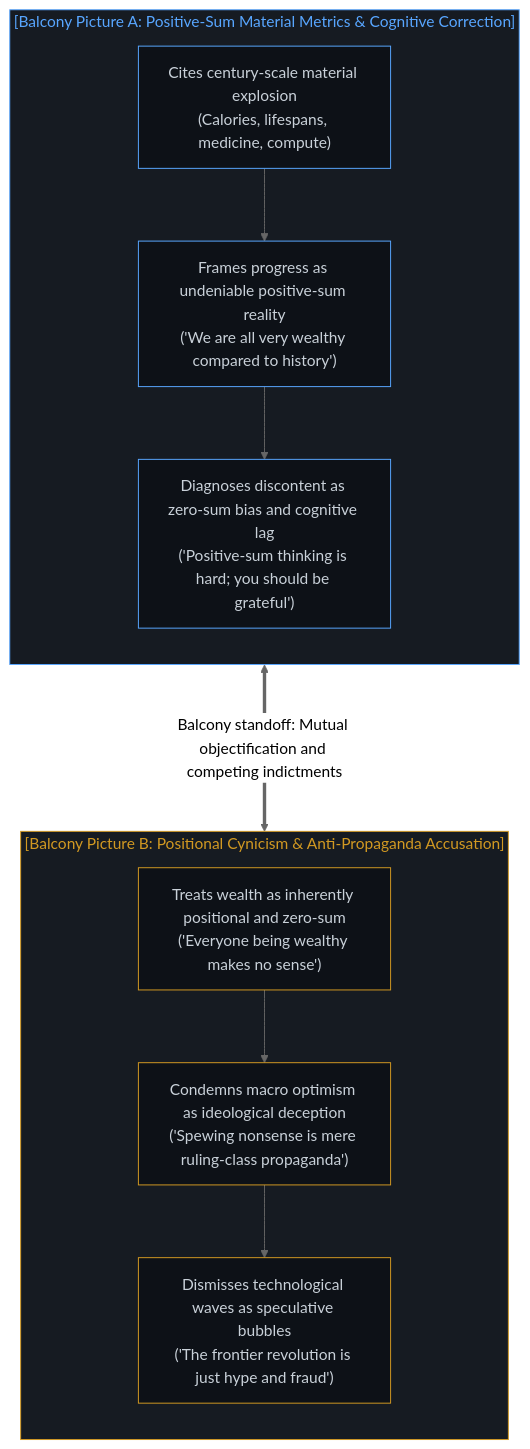
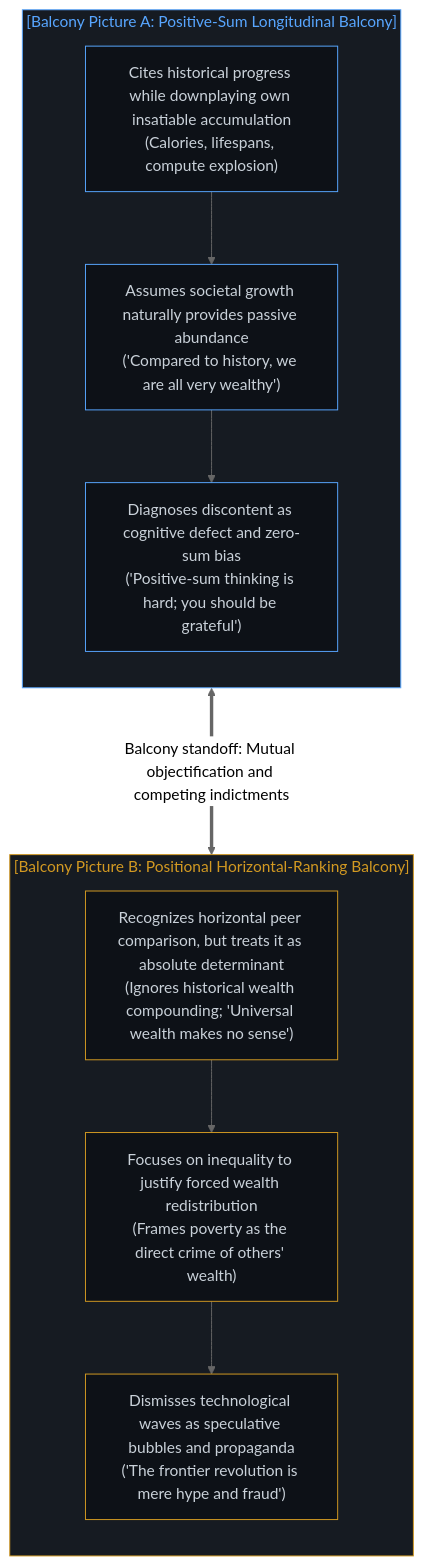
The second of 8 diagrams in content/posts/the-balcony-disciplinary-overstep-and-the-unproxyable-act.md (powerpig99/not-a-toe), drawn with Mermaid (neutral theme) before and after one commit. The commit also changed other lines of this file and 3 other files, not shown here.

````diff
--- a/content/posts/the-balcony-disciplinary-overstep-and-the-unproxyable-act.md
+++ b/content/posts/the-balcony-disciplinary-overstep-and-the-unproxyable-act.md
@@ -57,29 +59,29 @@
 ```mermaid
 graph TD
-    subgraph Balcony_A_EN["[Balcony Picture A: Positive-Sum Material Metrics & Cognitive Correction]"]
+    subgraph Balcony_A_EN["[Balcony Picture A: Positive-Sum Longitudinal Balcony]"]
         direction TB
-        A1_EN["Cites century-scale material explosion<br/>(Calories, lifespans, medicine, compute)"]
-        A2_EN["Frames progress as undeniable positive-sum reality<br/>('We are all very wealthy compared to history')"]
-        A3_EN["Diagnoses discontent as zero-sum bias and cognitive lag<br/>('Positive-sum thinking is hard; you should be grateful')"]
+        A1_EN["Cites historical progress while downplaying own insatiable accumulation<br/>(Calories, lifespans, compute explosion)"]
+        A2_EN["Assumes societal growth naturally provides passive abundance<br/>('Compared to history, we are all very wealthy')"]
+        A3_EN["Diagnoses discontent as cognitive defect and zero-sum bias<br/>('Positive-sum thinking is hard; you should be grateful')"]
         A1_EN --> A2_EN --> A3_EN
     end
 
-    subgraph Balcony_B_EN["[Balcony Picture B: Positional Cynicism & Anti-Propaganda Accusation]"]
+    subgraph Balcony_B_EN["[Balcony Picture B: Positional Horizontal-Ranking Balcony]"]
         direction TB
-        B1_EN["Treats wealth as inherently positional and zero-sum<br/>('Everyone being wealthy makes no sense')"]
-        B2_EN["Condemns macro optimism as ideological deception<br/>('Spewing nonsense is mere ruling-class propaganda')"]
-        B3_EN["Dismisses technological waves as speculative bubbles<br/>('The frontier revolution is just hype and fraud')"]
+        B1_EN["Recognizes horizontal peer comparison, but treats it as absolute determinant<br/>(Ignores historical wealth compounding; 'Universal wealth makes no sense')"]
+        B2_EN["Focuses on inequality to justify forced wealth redistribution<br/>(Frames poverty as the direct crime of others' wealth)"]
+        B3_EN["Dismisses technological waves as speculative bubbles and propaganda<br/>('The frontier revolution is mere hype and fraud')"]
         B1_EN --> B2_EN --> B3_EN
     end
 
     Balcony_A_EN <===>|"Balcony standoff: Mutual objectification and competing indictments"| Balcony_B_EN
 
     style Balcony_A_EN fill:#161b22,stroke:#58a6ff,stroke-width:1px,color:#58a6ff
     style Balcony_B_EN fill:#161b22,stroke:#d29922,stroke-width:1px,color:#d29922
     style A1_EN fill:#0d1117,stroke:#58a6ff,stroke-width:1px,color:#c9d1d9
     style A2_EN fill:#0d1117,stroke:#58a6ff,stroke-width:1px,color:#c9d1d9
     style A3_EN fill:#0d1117,stroke:#58a6ff,stroke-width:1px,color:#c9d1d9
     style B1_EN fill:#0d1117,stroke:#d29922,stroke-width:1px,color:#c9d1d9
     style B2_EN fill:#0d1117,stroke:#d29922,stroke-width:1px,color:#c9d1d9
     style B3_EN fill:#0d1117,stroke:#d29922,stroke-width:1px,color:#c9d1d9
 ```
````
